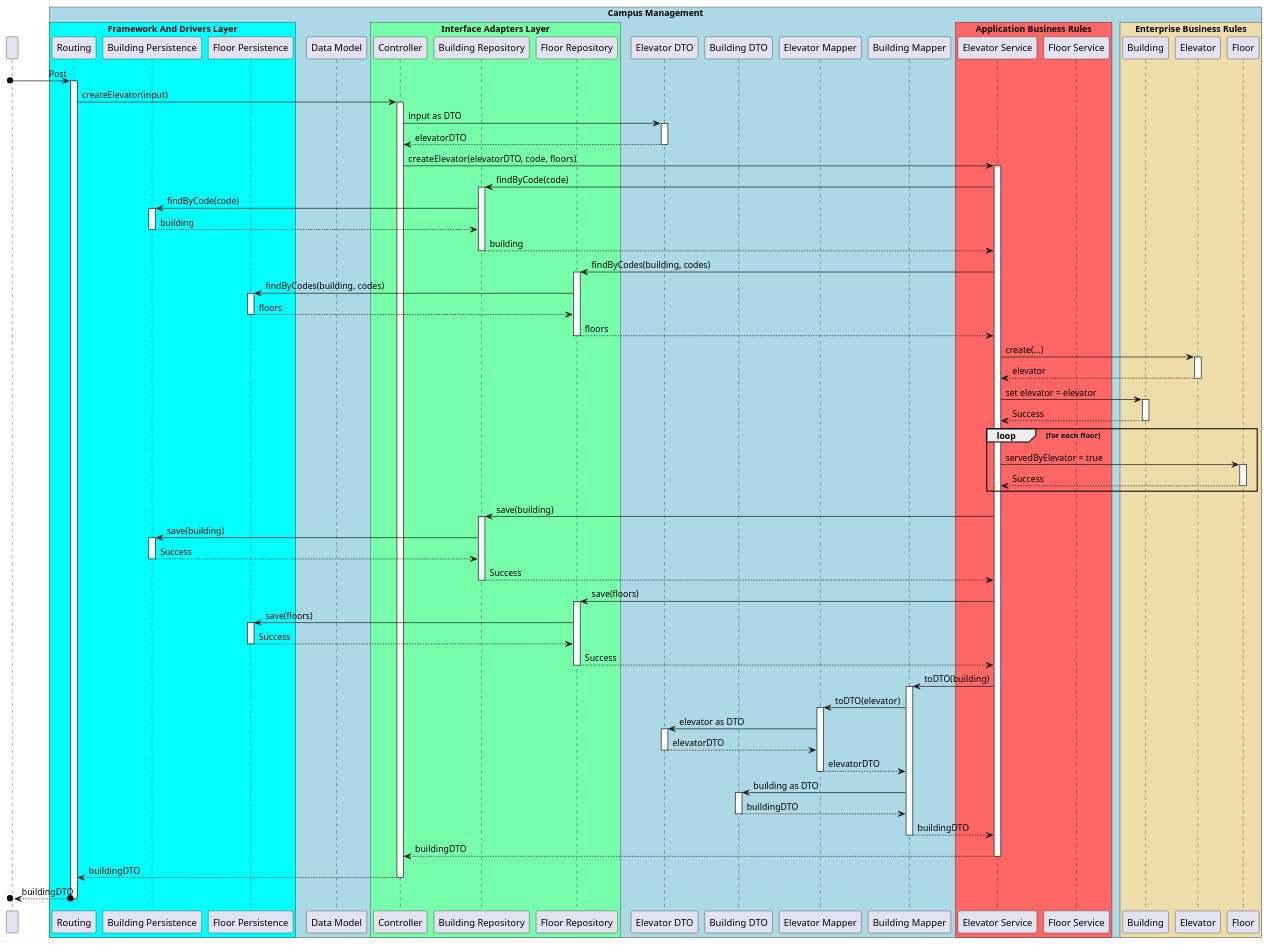
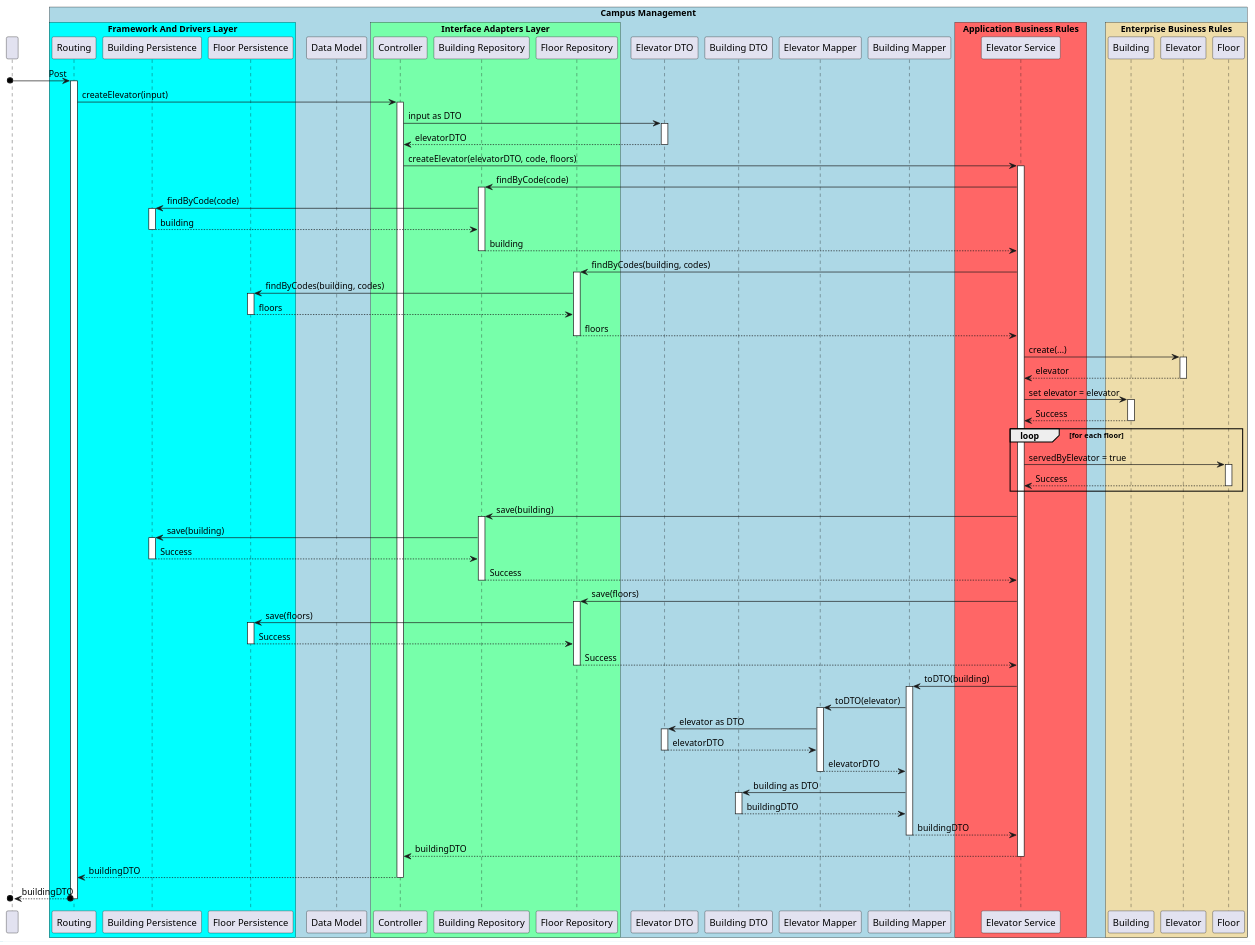
The diagram in docs/US/ID-270/SD lv3.puml (winqus/RobDroneGo), drawn with PlantUML before and after one commit.

Commit message:
Small change in SD lv3 ID-270

```diff
--- a/docs/US/ID-270/SD lv3.puml
+++ b/docs/US/ID-270/SD lv3.puml
@@ -1,155 +1,154 @@
 @startuml SD Lv3
 
 !pragma teoz true
 
 participant " "
 box "Campus Management" #LightBlue
 
     box "Framework And Drivers Layer" #00ffff
         participant Routing
         participant "Building Persistence" as Persistence
         participant "Floor Persistence" as FloorPers
     end box
 
     participant "Data Model" as Data
     box "Interface Adapters Layer" #77ffaa
         participant Controller
         participant "Building Repository" as Repository
         participant "Floor Repository" as FloorRepo
     end box
 
     participant "Elevator DTO" as DTO
     participant "Building DTO" as BuildingDTO
     participant "Elevator Mapper" as Mapper
     participant "Building Mapper" as BuildingMapper
     box "Application Business Rules" #ff6666
         participant "Elevator Service" as ElevatorService
-        participant "Floor Service" as FloorS
     end box
 
     box "Enterprise Business Rules" #eeddaa
         participant Building
         participant Elevator
         participant Floor
     end box
 end box
 
 
 [o-> Routing : Post
 activate Routing
 
     Routing -> Controller : createElevator(input)
     activate Controller
 
         Controller -> DTO : input as DTO
         activate DTO
 
         DTO --> Controller : elevatorDTO
         deactivate DTO
 
         Controller -> ElevatorService : createElevator(elevatorDTO, code, floors)
         activate ElevatorService
         
             ElevatorService -> Repository : findByCode(code)
             activate Repository
 
                 Repository -> Persistence : findByCode(code)
                 activate Persistence
 
                 Persistence --> Repository : building
                 deactivate Persistence
 
             Repository --> ElevatorService : building
             deactivate Repository
 
             ElevatorService -> FloorRepo : findByCodes(building, codes)
             activate FloorRepo
 
                 FloorRepo -> FloorPers : findByCodes(building, codes)
                 activate FloorPers
 
                 FloorPers --> FloorRepo : floors
                 deactivate FloorPers
 
             FloorRepo --> ElevatorService : floors
             deactivate FloorRepo
 
             ElevatorService -> Elevator : create(...)
             activate Elevator
 
             Elevator --> ElevatorService : elevator
             deactivate Elevator
 
             ElevatorService -> Building : set elevator = elevator
             activate Building
             
             Building --> ElevatorService : Success
             deactivate Building
 
             loop for each floor
                 ElevatorService -> Floor : servedByElevator = true
                 activate Floor
                 Floor --> ElevatorService : Success
                 deactivate Floor
             end
 
             ElevatorService -> Repository : save(building)
             activate Repository
 
                 Repository -> Persistence : save(building)
                 activate Persistence
 
                 Persistence --> Repository : Success
                 deactivate Persistence
 
             Repository --> ElevatorService : Success
             deactivate Repository
 
             ElevatorService -> FloorRepo : save(floors)
             activate FloorRepo
 
                 FloorRepo -> FloorPers : save(floors)
                 activate FloorPers
 
                 FloorPers --> FloorRepo : Success
                 deactivate FloorPers
 
             FloorRepo --> ElevatorService : Success
             deactivate FloorRepo
 
         ElevatorService -> BuildingMapper : toDTO(building)
         activate BuildingMapper
 
             BuildingMapper -> Mapper : toDTO(elevator)
             activate Mapper
 
                 Mapper -> DTO : elevator as DTO
                 activate DTO
 
                 DTO --> Mapper: elevatorDTO
                 deactivate DTO
 
             Mapper --> BuildingMapper : elevatorDTO
             deactivate Mapper
 
             
                 BuildingMapper -> BuildingDTO : building as DTO
                 activate BuildingDTO
 
                 BuildingDTO --> BuildingMapper: buildingDTO
                 deactivate BuildingDTO
         
         BuildingMapper --> ElevatorService : buildingDTO
         deactivate BuildingMapper
 
         ElevatorService --> Controller : buildingDTO
         deactivate ElevatorService
 
     Controller --> Routing : buildingDTO
     deactivate Controller
 
 [o<--o Routing : buildingDTO
 deactivate Routing
 
 
 @enduml
```
